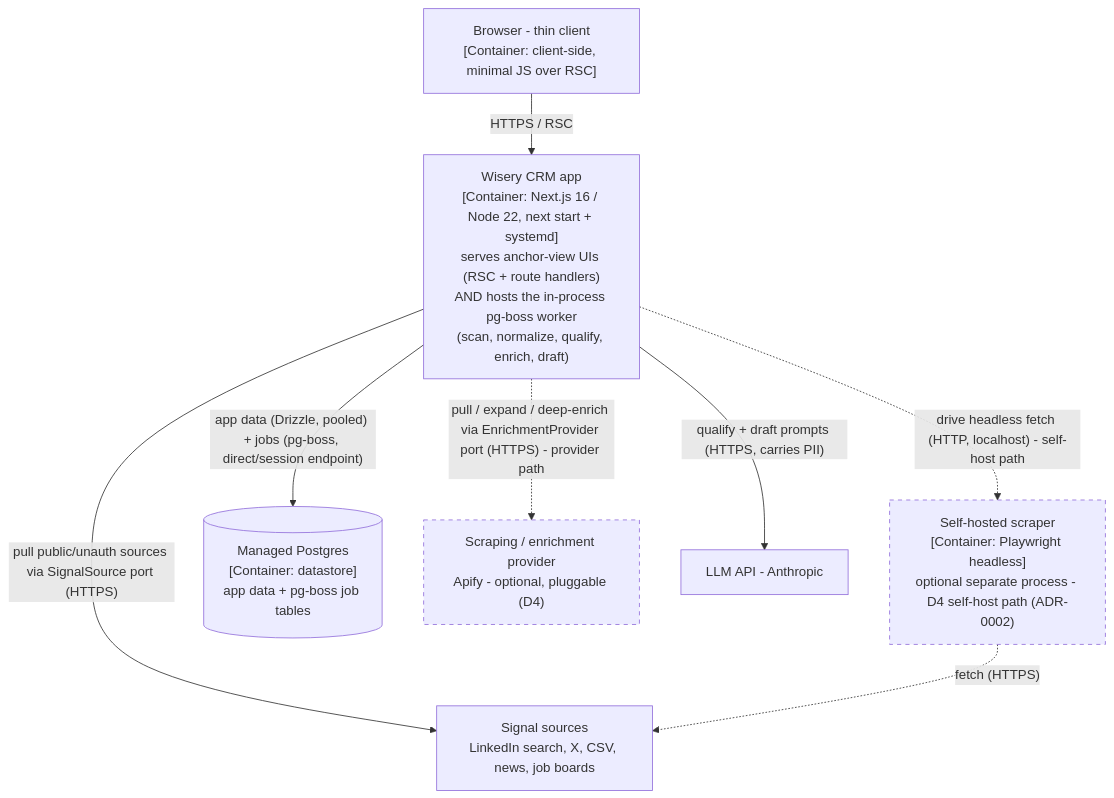
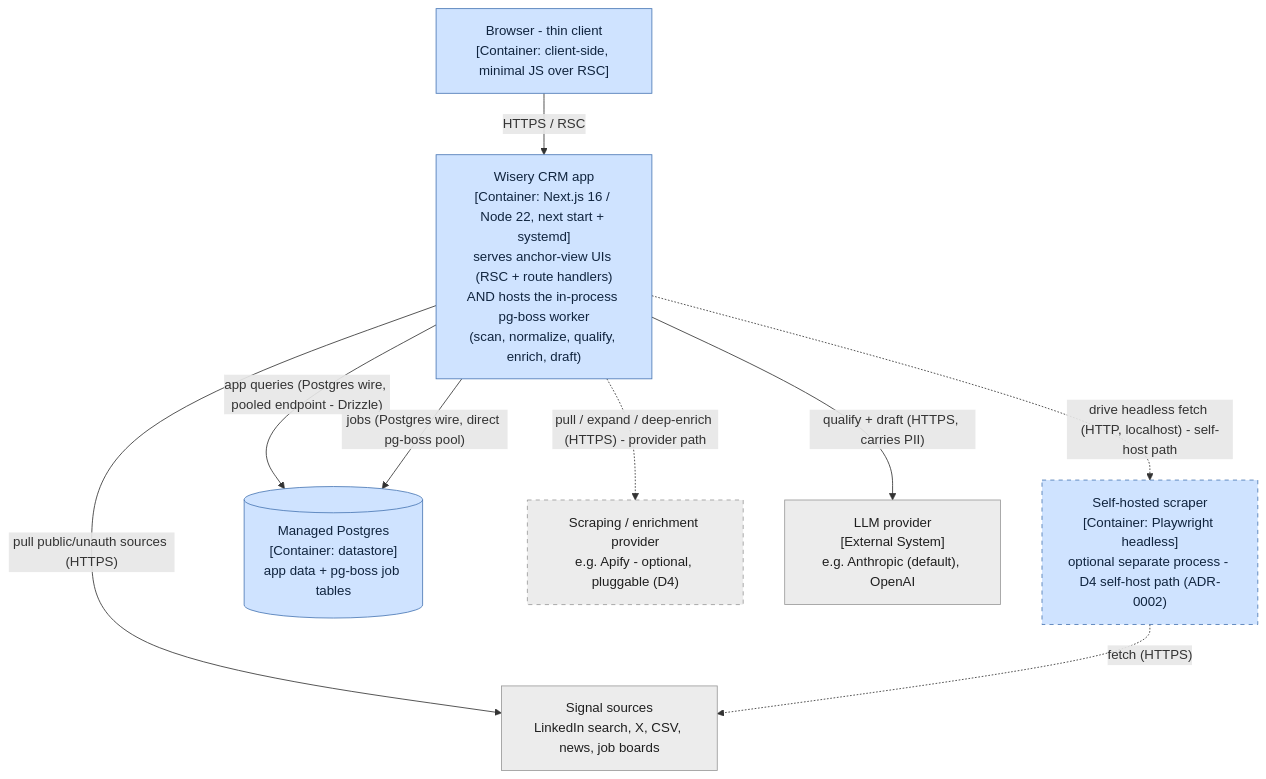
Before and after one commit to m-ratnikov/wisery-crm: the second of 5 diagrams in openspec/changes/c4-level2-architecture/system-design.md, drawn with Mermaid. The commit also changed other lines of this file and 11 other files, not shown here.

````diff
--- a/openspec/changes/c4-level2-architecture/system-design.md
+++ b/openspec/changes/c4-level2-architecture/system-design.md
@@ -52,23 +53,28 @@
 ```mermaid
 flowchart TB
     browser["Browser - thin client<br/>[Container: client-side, minimal JS over RSC]"]
 
     app["Wisery CRM app<br/>[Container: Next.js 16 / Node 22, next start + systemd]<br/>serves anchor-view UIs (RSC + route handlers)<br/>AND hosts the in-process pg-boss worker<br/>(scan, normalize, qualify, enrich, draft)"]
 
     scraper["Self-hosted scraper<br/>[Container: Playwright headless]<br/>optional separate process - D4 self-host path (ADR-0002)"]
     db[("Managed Postgres<br/>[Container: datastore]<br/>app data + pg-boss job tables")]
     src["Signal sources<br/>LinkedIn search, X, CSV, news, job boards"]
-    dp["Scraping / enrichment provider<br/>Apify - optional, pluggable (D4)"]
-    llm["LLM API - Anthropic"]
+    dp["Scraping / enrichment provider<br/>e.g. Apify - optional, pluggable (D4)"]
+    llm["LLM provider<br/>[External System]<br/>e.g. Anthropic (default), OpenAI"]
 
     browser -->|"HTTPS / RSC"| app
-    app -->|"app data (Drizzle, pooled) + jobs (pg-boss, direct/session endpoint)"| db
-    app -->|"pull public/unauth sources via SignalSource port (HTTPS)"| src
+    app -->|"app queries (Postgres wire, pooled endpoint - Drizzle)"| db
+    app -->|"jobs (Postgres wire, direct pg-boss pool)"| db
+    app -->|"pull public/unauth sources (HTTPS)"| src
     app -.->|"drive headless fetch (HTTP, localhost) - self-host path"| scraper
     scraper -.->|"fetch (HTTPS)"| src
-    app -.->|"pull / expand / deep-enrich via EnrichmentProvider port (HTTPS) - provider path"| dp
-    app -->|"qualify + draft prompts (HTTPS, carries PII)"| llm
+    app -.->|"pull / expand / deep-enrich (HTTPS) - provider path"| dp
+    app -->|"qualify + draft (HTTPS, carries PII)"| llm
 
+    classDef internal fill:#cfe3ff,stroke:#4a78b5,color:#10243e;
+    classDef external fill:#ececec,stroke:#9a9a9a,color:#1f1f1f;
     classDef optional stroke-dasharray: 5 5;
+    class browser,app,scraper,db internal;
+    class src,dp,llm external;
     class scraper,dp optional;
 ```
````
